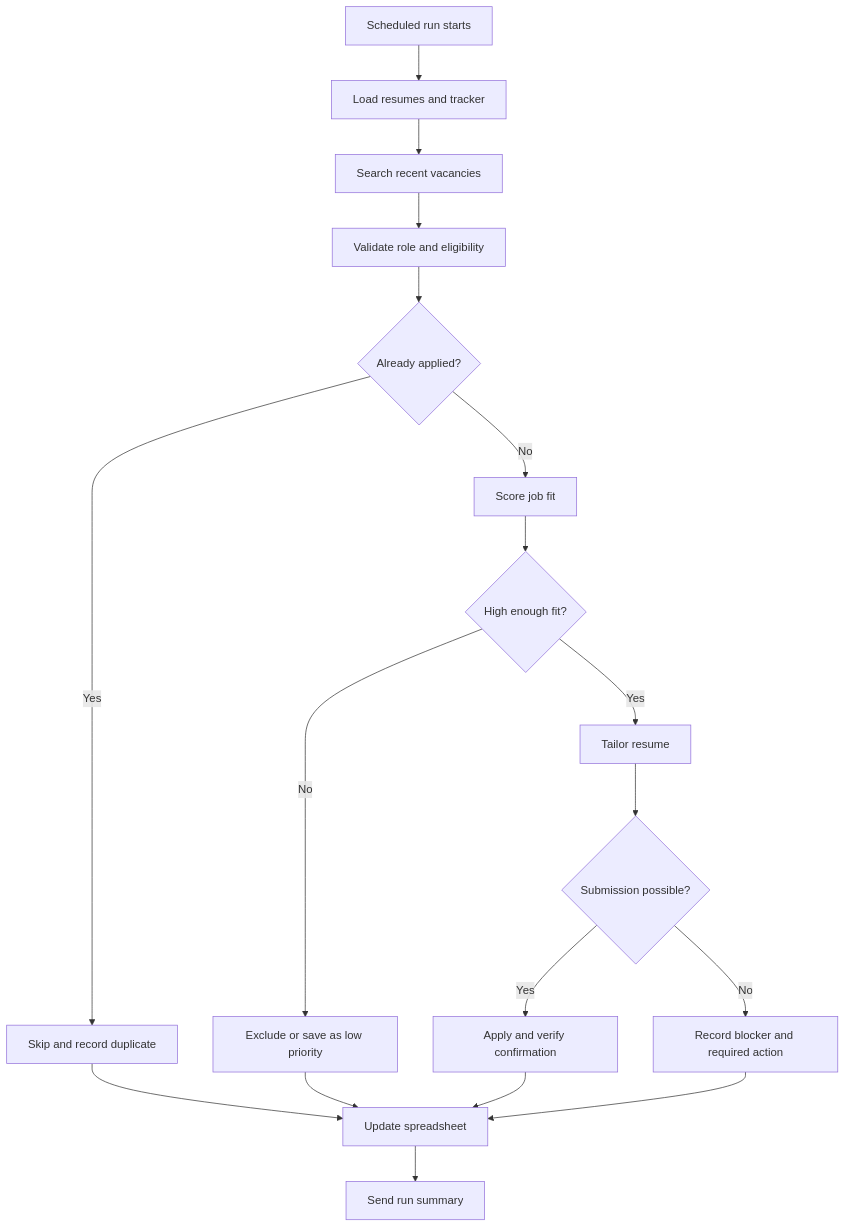
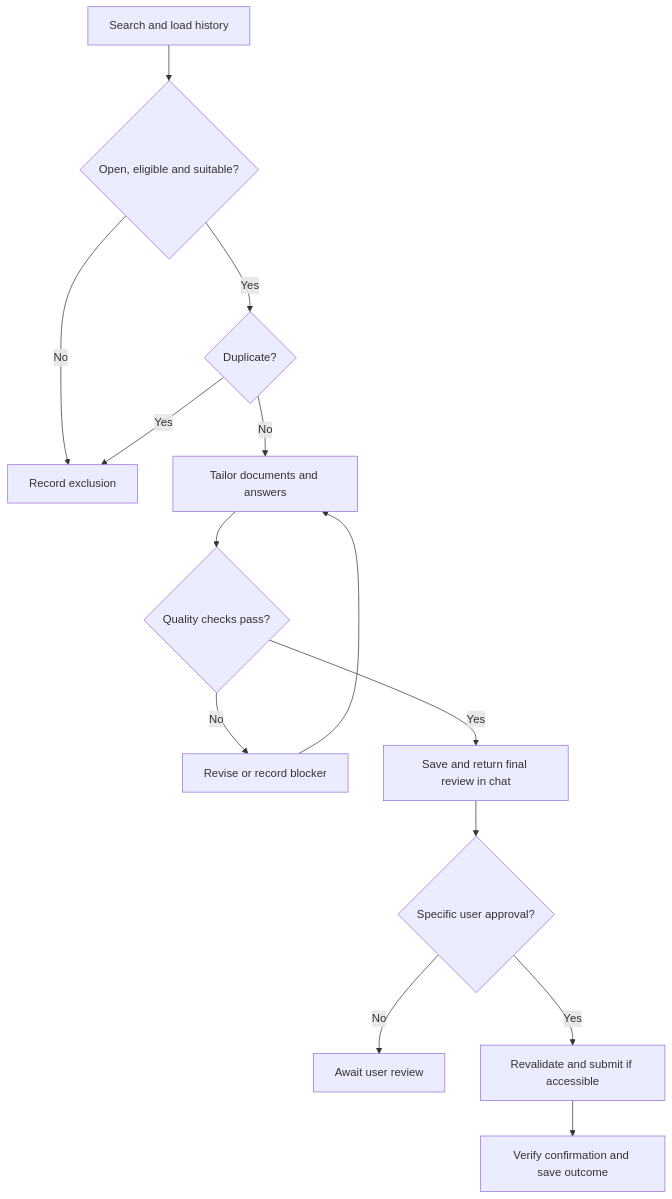
The diagram in README.md (richardvidvidzrakou98/chatgpt-job-automation), drawn with Mermaid before and after one commit. The commit also changed other lines of this file, not shown here.

````diff
--- a/README.md
+++ b/README.md
@@ -37,20 +38,16 @@
 ```mermaid
 flowchart TD
-    A[Scheduled run starts] --> B[Load resumes and tracker]
-    B --> C[Search recent vacancies]
-    C --> D[Validate role and eligibility]
-    D --> E{Already applied?}
-    E -- Yes --> F[Skip and record duplicate]
-    E -- No --> G[Score job fit]
-    G --> H{High enough fit?}
-    H -- No --> I[Exclude or save as low priority]
-    H -- Yes --> J[Tailor resume]
-    J --> K{Submission possible?}
-    K -- Yes --> L[Apply and verify confirmation]
-    K -- No --> M[Record blocker and required action]
-    L --> N[Update spreadsheet]
-    M --> N
-    F --> N
-    I --> N
-    N --> O[Send run summary]
+    A[Search and load history] --> B{Open, eligible and suitable?}
+    B -- No --> C[Record exclusion]
+    B -- Yes --> D{Duplicate?}
+    D -- Yes --> C
+    D -- No --> E[Tailor documents and answers]
+    E --> F{Quality checks pass?}
+    F -- No --> G[Revise or record blocker]
+    G --> E
+    F -- Yes --> H[Save and return final review in chat]
+    H --> I{Specific user approval?}
+    I -- No --> J[Await user review]
+    I -- Yes --> K[Revalidate and submit if accessible]
+    K --> L[Verify confirmation and save outcome]
 ```
````
